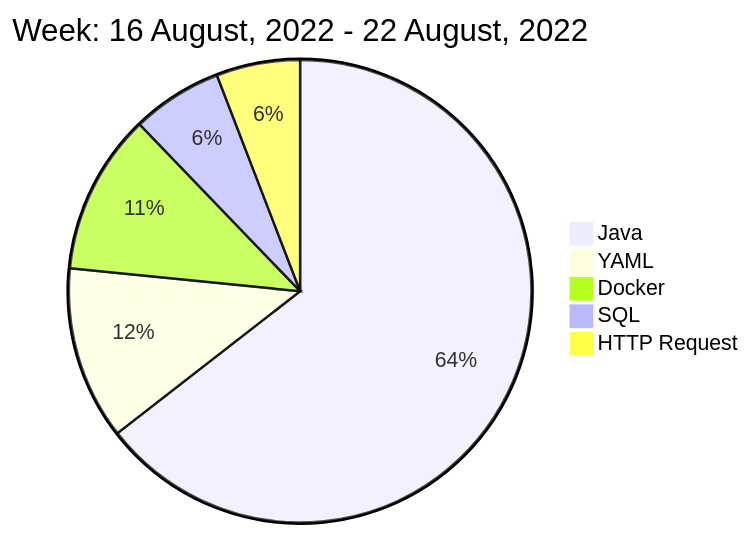
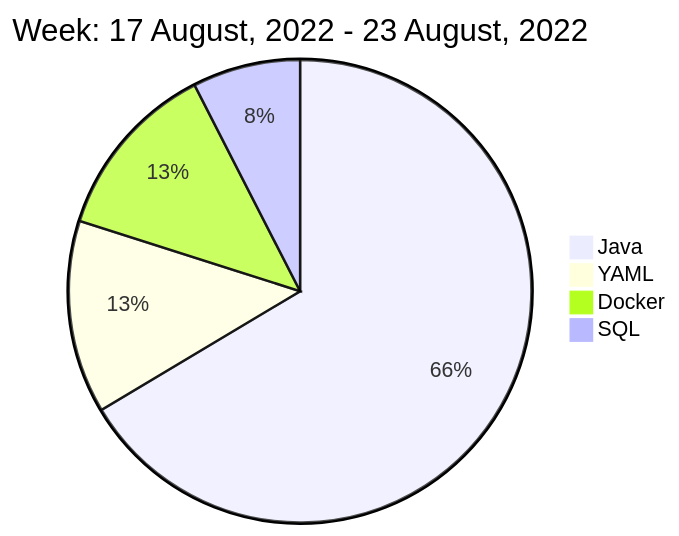
The diagram in README.md (liubin95/liubin95), drawn with Mermaid before and after one commit.

Commit message:
Updated the Graph with new Metrics

````diff
--- a/README.md
+++ b/README.md
@@ -40,9 +40,8 @@
 ```mermaid
  pie
-title Week: 16 August, 2022 - 22 August, 2022
- "Java" : 13.22
- "YAML" : 2.48
+title Week: 17 August, 2022 - 23 August, 2022
+ "Java" : 12.17
+ "YAML" : 2.47
  "Docker" : 2.3
- "SQL" : 1.3
- "HTTP Request" : 1.2
+ "SQL" : 1.38
 ```
````
